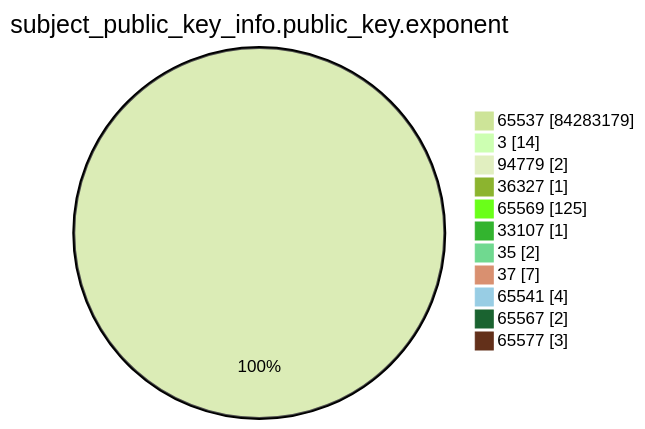
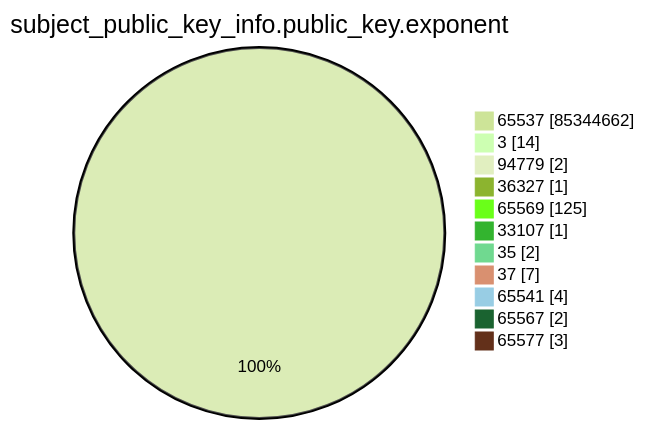
The fourth of 15 diagrams in xenon2023/README.md (christiankrug/ctmonitor_visualization), drawn with Mermaid (forest theme) before and after one commit. The commit also changed other lines of this file, not shown here.

````diff
--- a/xenon2023/README.md
+++ b/xenon2023/README.md
@@ -1237,15 +1240,15 @@
 ```mermaid
 pie showData
 title subject_public_key_info.public_key.exponent
-"65537" :84283179
+"65537" :85344662
 "3" :14
 "94779" :2
 "36327" :1
 "65569" :125
 "33107" :1
 "35" :2
 "37" :7
 "65541" :4
 "65567" :2
 "65577" :3
 ```
````
